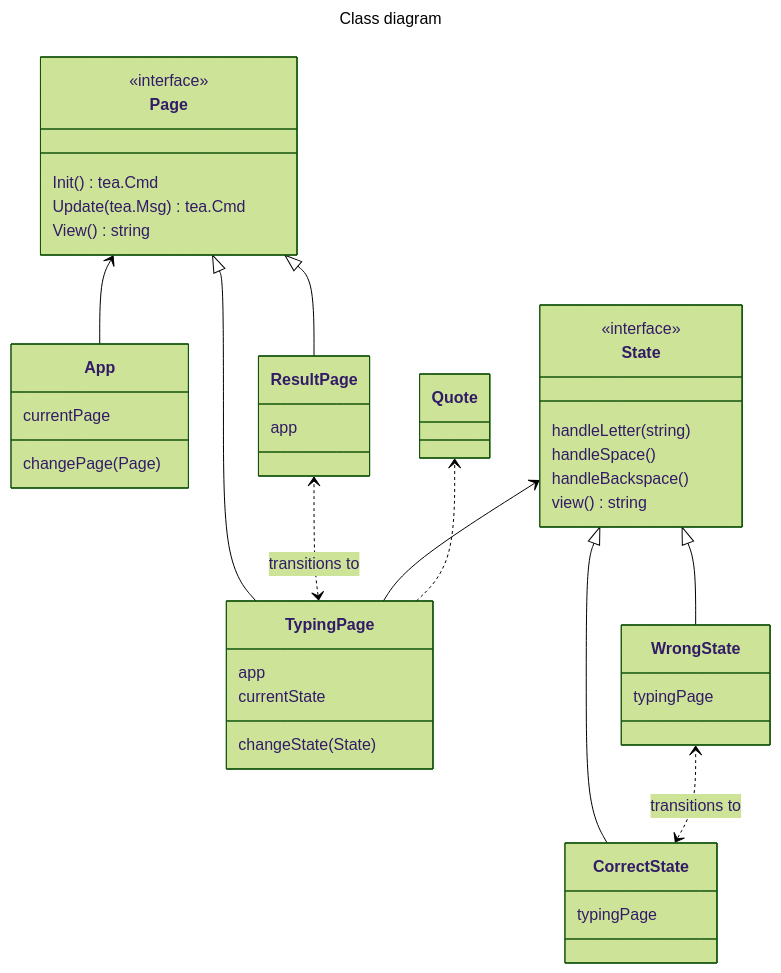
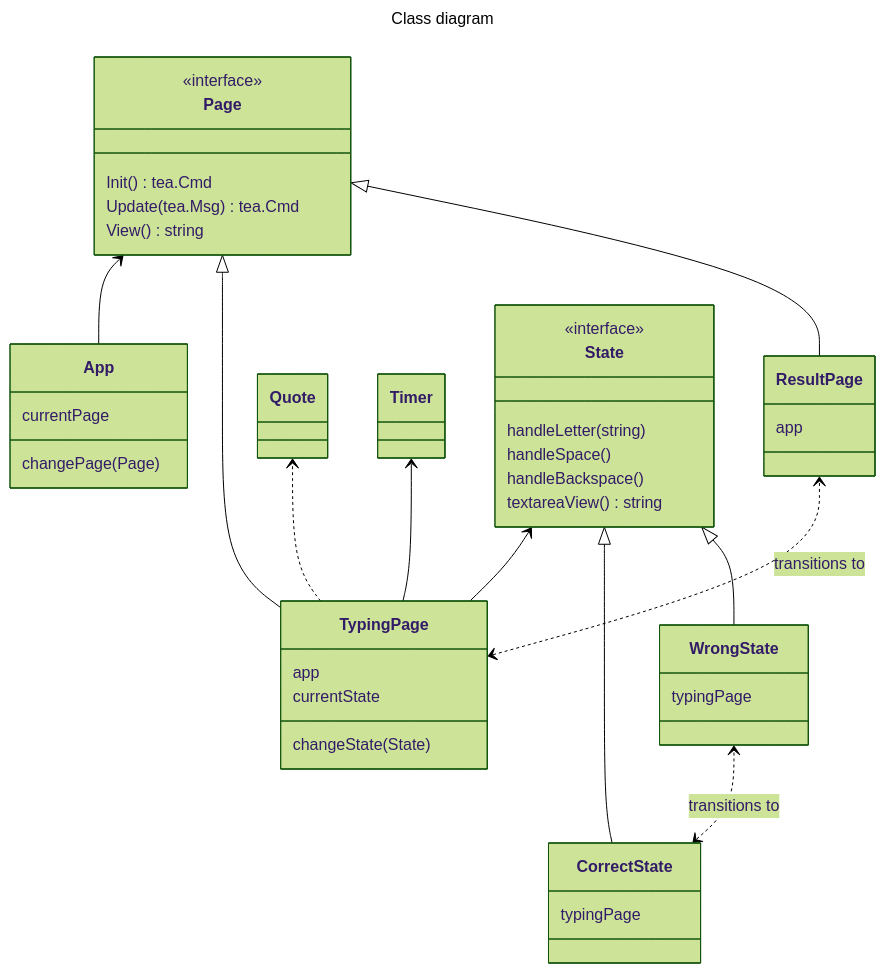
The diagram in diagram.md (hofman-tan/type-chan), drawn with Mermaid (forest theme) before and after one commit. The commit also changed 7 other files, not shown here.

````diff
--- a/diagram.md
+++ b/diagram.md
@@ -1,56 +1,59 @@
 ```mermaid
 ---
 title: Class diagram
 ---
 classDiagram
     direction BT
     class App {
       currentPage
       changePage(Page)
     }
 
     class Page {
       <<interface>>
 
       Init() tea.Cmd
       Update(tea.Msg) tea.Cmd
       View() string
     }
     class TypingPage {
       app
       currentState
       changeState(State)
     }
     class ResultPage{
       app
     }
     class Quote {
     }
+    class Timer {
+    }
 
     class State {
       <<interface>> 
 
       handleLetter(string)
       handleSpace()
       handleBackspace()
-      view() string
+      textareaView() string
     }
     class CorrectState {
       typingPage
     }
     class WrongState {
       typingPage
     }
 
     App --> Page
     TypingPage --|> Page
     ResultPage --|> Page
     TypingPage <..> ResultPage : transitions to
 
     TypingPage --> State
     CorrectState --|> State
     WrongState --|> State
     CorrectState <..> WrongState : transitions to
 
     TypingPage ..> Quote
+    TypingPage --> Timer
 ```
````
